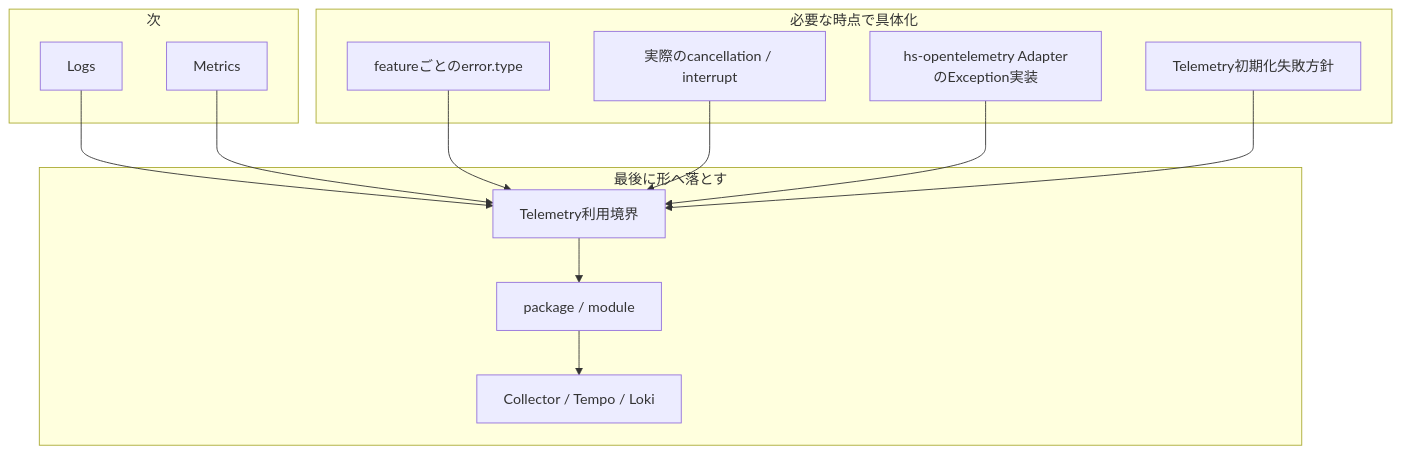
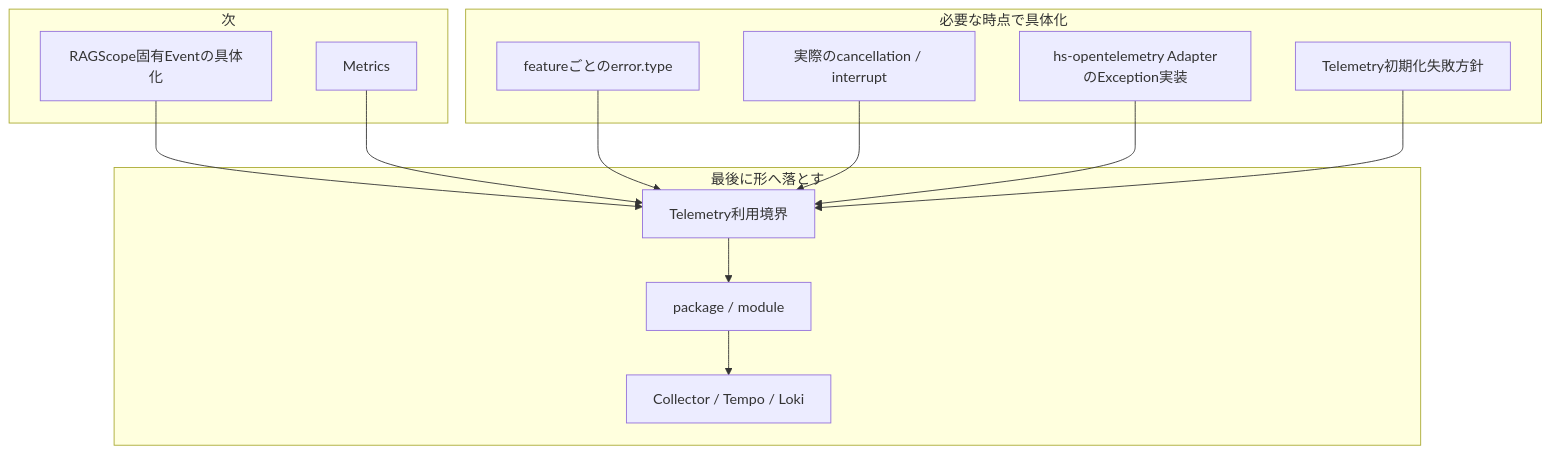
The seventh of 7 diagrams in Notes/RAGScope/RAGScopeアプリケーション/RS-0023 Observability設計メモ.md (takashit16833/Workbench), drawn with Mermaid before and after one commit. The commit also changed other lines of this file, not shown here.

Commit message:
notes: adopt Logs common design

````diff
--- a/Notes/RAGScope/RAGScopeアプリケーション/RS-0023 Observability設計メモ.md
+++ b/Notes/RAGScope/RAGScopeアプリケーション/RS-0023 Observability設計メモ.md
@@ -352,25 +421,25 @@
 ```mermaid
 flowchart TD
     subgraph NEXT["次"]
-        C["Logs"]
+        C["RAGScope固有Eventの具体化"]
         D["Metrics"]
     end
 
     subgraph DETAIL["必要な時点で具体化"]
         E["featureごとのerror.type"]
         I["実際のcancellation / interrupt"]
         X["hs-opentelemetry AdapterのException実装"]
         S["Telemetry初期化失敗方針"]
     end
 
     subgraph LAST["最後に形へ落とす"]
         F["Telemetry利用境界"] --> G["package / module"] --> H["Collector / Tempo / Loki"]
     end
 
     C --> F
     D --> F
     E --> F
     I --> F
     X --> F
     S --> F
 ```
````
